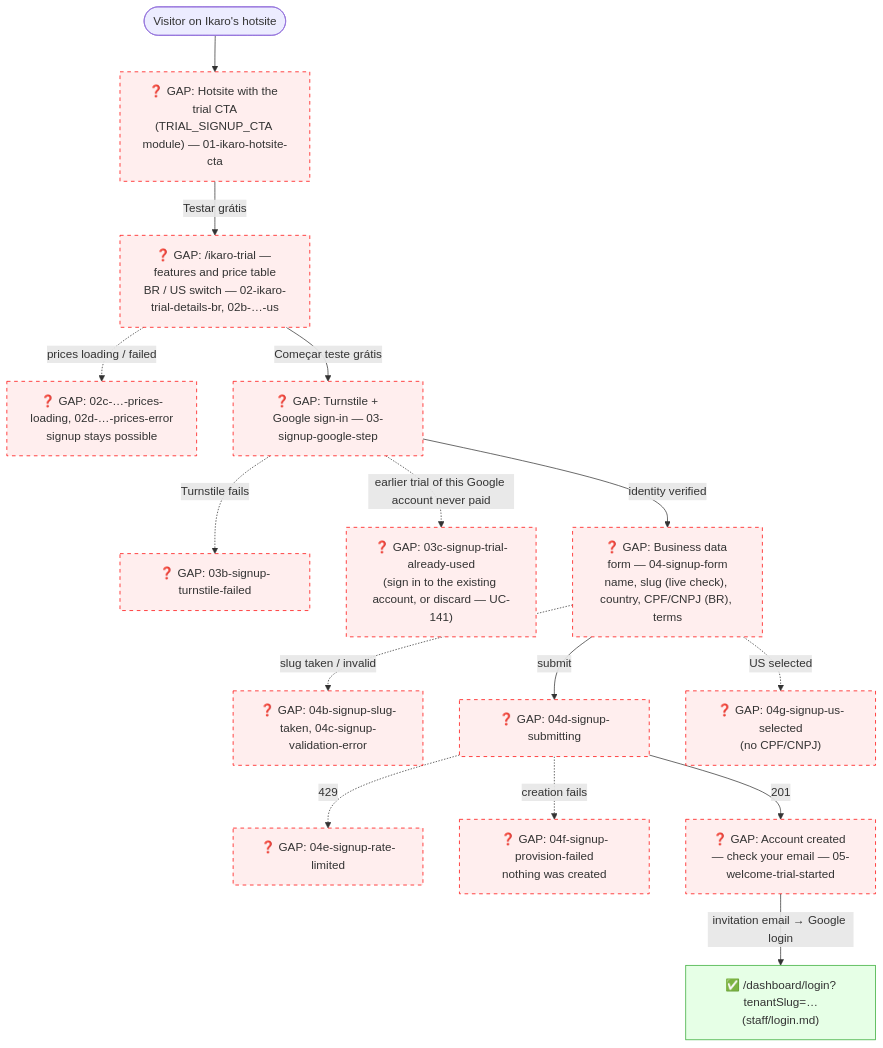
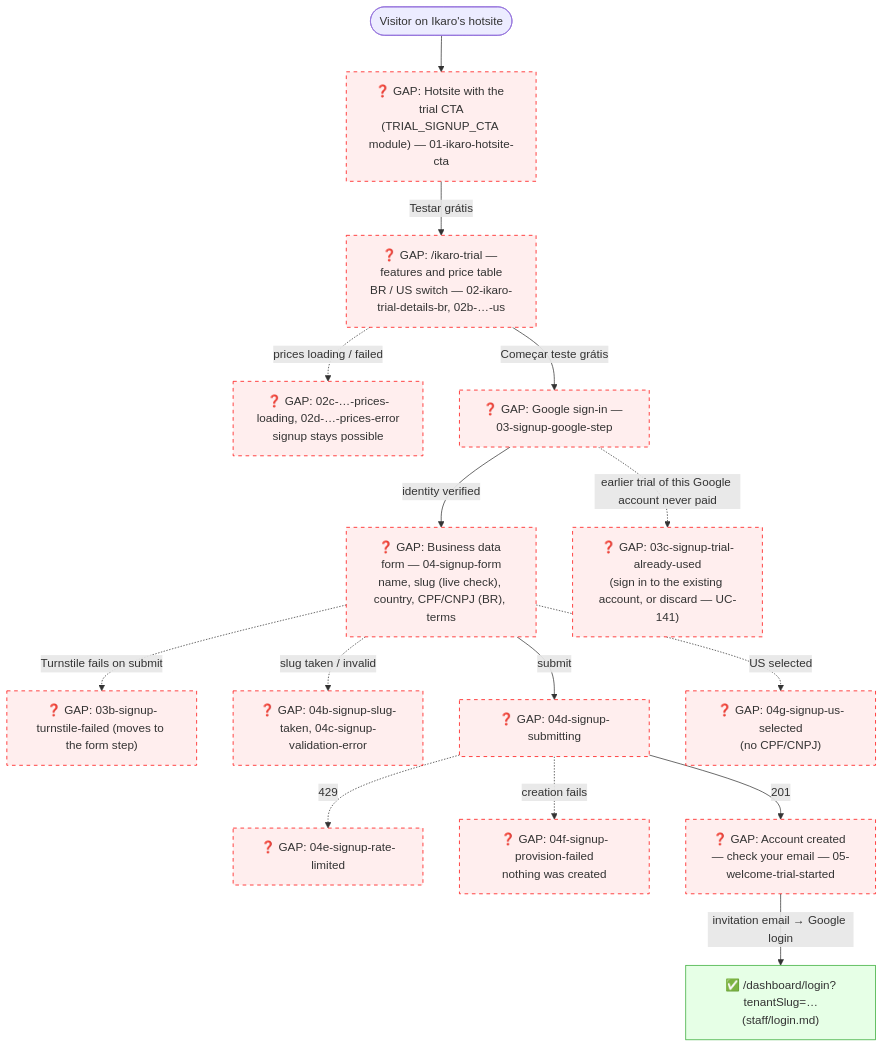
Before and after one commit to lmmoreira/ikaro: the diagram in journeys/guest/ikaro-trial.md, drawn with Mermaid. The commit also changed other lines of this file and 30 other files, not shown here.

````diff
--- a/journeys/guest/ikaro-trial.md
+++ b/journeys/guest/ikaro-trial.md
@@ -12,23 +12,23 @@
 ```mermaid
 flowchart TD
     classDef existing fill:#e6ffe6,stroke:#3a3
     classDef gap stroke:#f00,stroke-dasharray: 5 5,fill:#fee
 
     Hotsite(["Visitor on Ikaro's hotsite"]) --> Cta["❓ GAP: Hotsite with the trial CTA<br/>(TRIAL_SIGNUP_CTA module) — 01-ikaro-hotsite-cta"]
     Cta -->|"Testar grátis"| Details["❓ GAP: /ikaro-trial — features and price table<br/>BR / US switch — 02-ikaro-trial-details-br, 02b-…-us"]
     Details -.->|"prices loading / failed"| PriceStates["❓ GAP: 02c-…-prices-loading, 02d-…-prices-error<br/>signup stays possible"]
-    Details -->|"Começar teste grátis"| Google["❓ GAP: Turnstile + Google sign-in — 03-signup-google-step"]
-    Google -.->|"Turnstile fails"| TsFail["❓ GAP: 03b-signup-turnstile-failed"]
+    Details -->|"Começar teste grátis"| Google["❓ GAP: Google sign-in — 03-signup-google-step"]
+    Form -.->|"Turnstile fails on submit"| TsFail["❓ GAP: 03b-signup-turnstile-failed (moves to the form step)"]
     Google -.->|"earlier trial of this Google account never paid"| Used["❓ GAP: 03c-signup-trial-already-used<br/>(sign in to the existing account, or discard — UC-141)"]
     Google -->|"identity verified"| Form["❓ GAP: Business data form — 04-signup-form<br/>name, slug (live check), country, CPF/CNPJ (BR), terms"]
     Form -.->|"slug taken / invalid"| Slug["❓ GAP: 04b-signup-slug-taken, 04c-signup-validation-error"]
     Form -->|"submit"| Submitting["❓ GAP: 04d-signup-submitting"]
     Form -.->|"US selected"| US["❓ GAP: 04g-signup-us-selected<br/>(no CPF/CNPJ)"]
     Submitting -.->|"429"| Rate["❓ GAP: 04e-signup-rate-limited"]
     Submitting -.->|"creation fails"| Fail["❓ GAP: 04f-signup-provision-failed<br/>nothing was created"]
     Submitting -->|"201"| Welcome["❓ GAP: Account created — check your email — 05-welcome-trial-started"]
     Welcome -->|"invitation email → Google login"| Login["✅ /dashboard/login?tenantSlug=…<br/>(staff/login.md)"]
 
     class Login existing
     class Cta,Details,PriceStates,Google,TsFail,Used,Form,Slug,Submitting,US,Rate,Fail,Welcome gap
 ```
````
